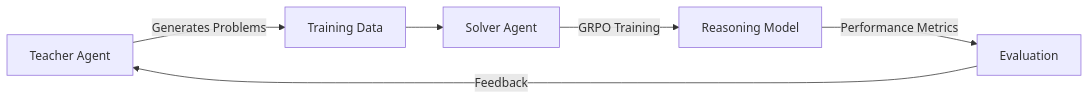
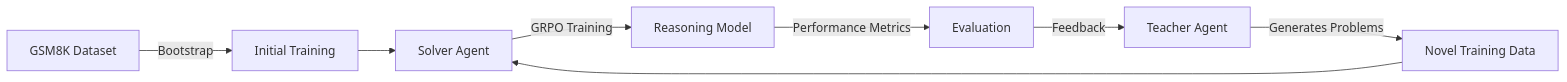
Before and after one commit to jwest33/EvoLora: the diagram in README.md, drawn with Mermaid. The commit also changed other lines of this file and 11 other files, not shown here.

````diff
--- a/README.md
+++ b/README.md
@@ -94,8 +94,10 @@
 ```mermaid
 graph LR
-    A[Teacher Agent] -->|Generates Problems| B[Training Data]
+    A[GSM8K Dataset] -->|Bootstrap| B[Initial Training]
     B --> C[Solver Agent]
-    C -->|GRPO Training| D[Reasoning Model]
-    D -->|Performance Metrics| E[Evaluation]
-    E -->|Feedback| A
+    D[Teacher Agent] -->|Generates Problems| E[Novel Training Data]
+    E --> C
+    C -->|GRPO Training| F[Reasoning Model]
+    F -->|Performance Metrics| G[Evaluation]
+    G -->|Feedback| D
 ```
````
